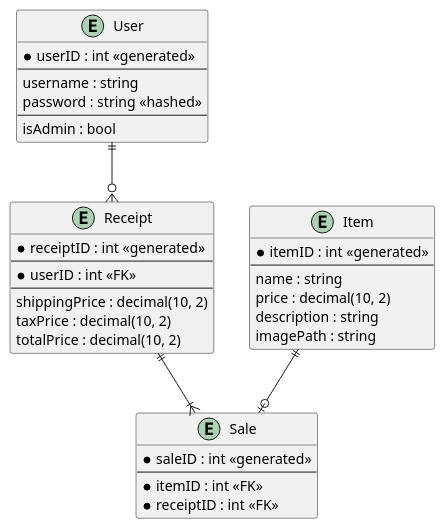
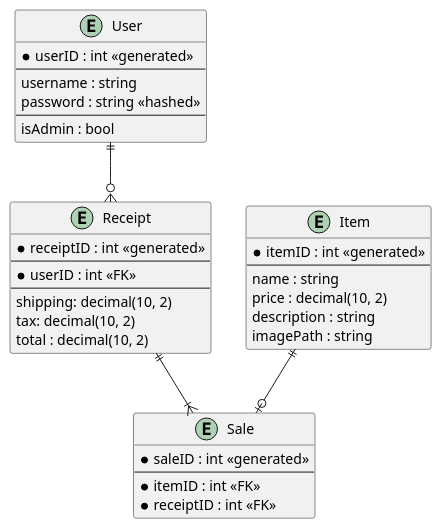
The diagram in docs/technical-design/entity-relation-diagram.puml (danieltebor/swe3313-course-project), drawn with PlantUML before and after one commit. The commit also changed 26 other files, not shown here.

Commit message:
Finished class diagram and other technical requirements

```diff
--- a/docs/technical-design/entity-relation-diagram.puml
+++ b/docs/technical-design/entity-relation-diagram.puml
@@ -1,42 +1,42 @@
 @startuml entity-relation-diagram
 
 entity "User" as User {
     *userID : int <<generated>>
     --
     username : string
     password : string <<hashed>>
     --
     isAdmin : bool
 }
 
 entity "Receipt" as Receipt {
     *receiptID : int <<generated>>
     --
     *userID : int <<FK>>
     --
-    shippingPrice : decimal(10, 2)
-    taxPrice : decimal(10, 2)
-    totalPrice : decimal(10, 2)
+    shipping: decimal(10, 2)
+    tax: decimal(10, 2)
+    total : decimal(10, 2)
 }
 
 entity "Item" as Item {
     *itemID : int <<generated>>
     --
     name : string
     price : decimal(10, 2)
     description : string
     imagePath : string
 }
 
 entity "Sale" as Sale {
     *saleID : int <<generated>>
     --
     *itemID : int <<FK>>
     *receiptID : int <<FK>>
 }
 
 User ||--o{ Receipt
 Receipt ||--|{ Sale
 Item ||--o| Sale
 
 @enduml
```
